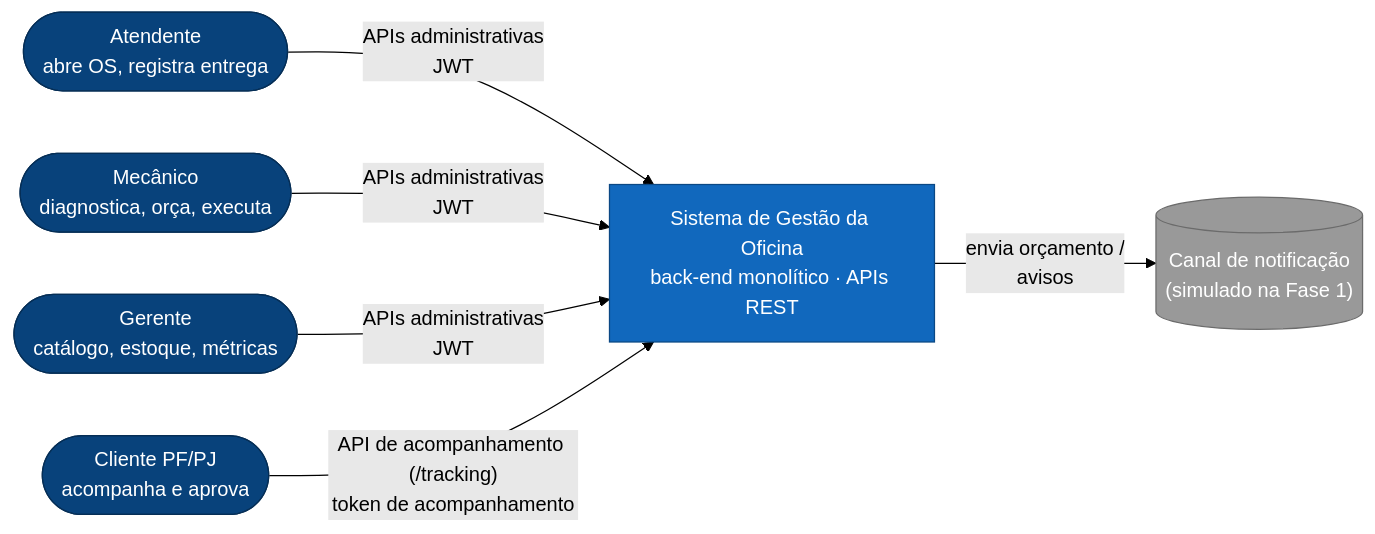
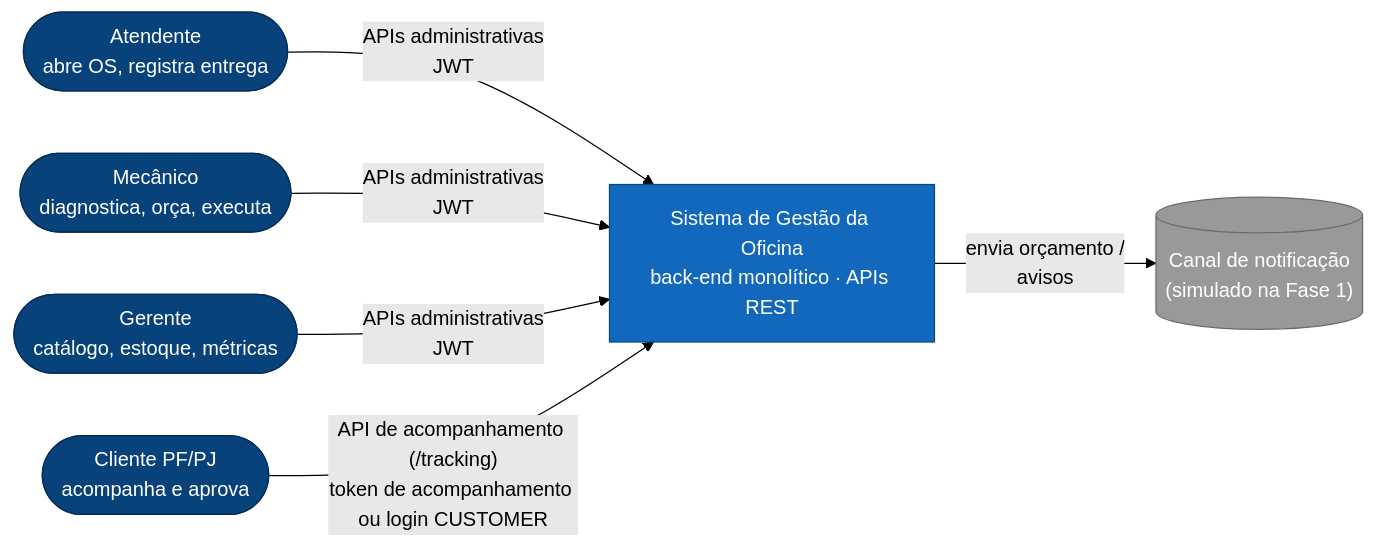
The first of 4 diagrams in docs/04-arquitetura/visao-geral.md (HermandoThiago/FIAP-SOAT), drawn with Mermaid (forest theme) before and after one commit. The commit also changed other lines of this file and 57 other files, not shown here.

````diff
--- a/docs/04-arquitetura/visao-geral.md
+++ b/docs/04-arquitetura/visao-geral.md
@@ -9,19 +11,19 @@
 ```mermaid
 flowchart LR
     classDef pessoa fill:#08427b,stroke:#052e56,color:#fff
     classDef sistema fill:#1168bd,stroke:#0b4884,color:#fff
     classDef externo fill:#999999,stroke:#6b6b6b,color:#fff
 
     AT([Atendente<br/>abre OS, registra entrega]):::pessoa
     ME([Mecânico<br/>diagnostica, orça, executa]):::pessoa
     GE([Gerente<br/>catálogo, estoque, métricas]):::pessoa
     CL([Cliente PF/PJ<br/>acompanha e aprova]):::pessoa
     SGO["Sistema de Gestão da Oficina<br/>back-end monolítico · APIs REST"]:::sistema
     NOT[("Canal de notificação<br/>(simulado na Fase 1)")]:::externo
 
     AT -- "APIs administrativas<br/>JWT" --> SGO
     ME -- "APIs administrativas<br/>JWT" --> SGO
     GE -- "APIs administrativas<br/>JWT" --> SGO
-    CL -- "API de acompanhamento (/tracking)<br/>token de acompanhamento" --> SGO
+    CL -- "API de acompanhamento (/tracking)<br/>token de acompanhamento ou login CUSTOMER" --> SGO
     SGO -- "envia orçamento /<br/>avisos" --> NOT
 ```
````
